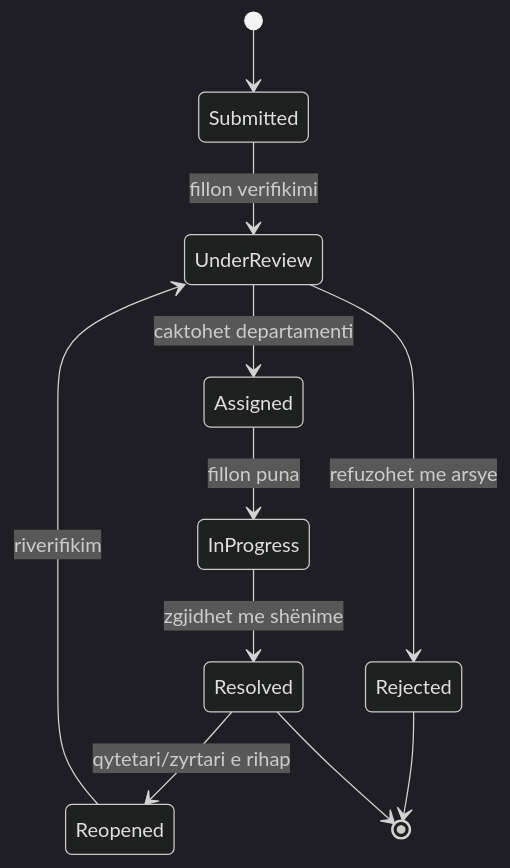
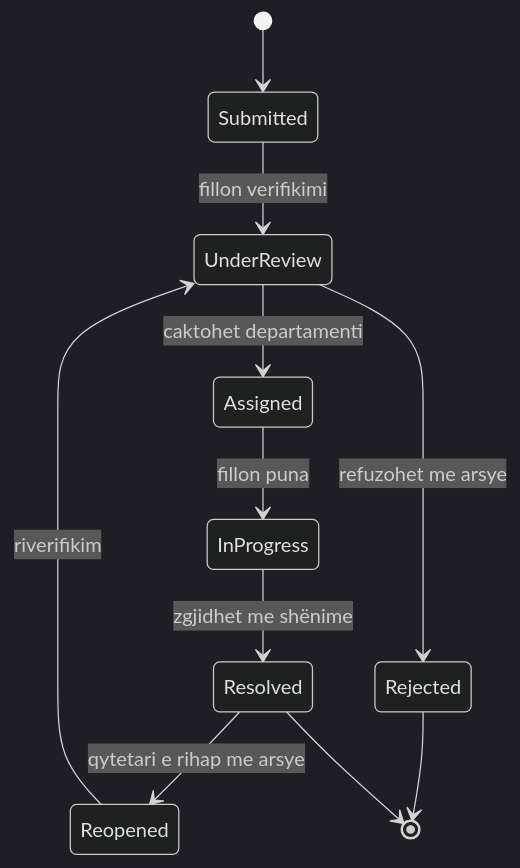
The second of 6 diagrams in diagrams/README.md (fnebihi10/Citizen-Issue-Reporting-and-Resolution-Tracking-Platform), drawn with Mermaid (dark theme) before and after one commit. The commit also changed other lines of this file and 12 other files, not shown here.

````diff
--- a/diagrams/README.md
+++ b/diagrams/README.md
@@ -55,13 +59,13 @@
 ```mermaid
 stateDiagram-v2
   [*] --> Submitted
   Submitted --> UnderReview: fillon verifikimi
   UnderReview --> Assigned: caktohet departamenti
   UnderReview --> Rejected: refuzohet me arsye
   Assigned --> InProgress: fillon puna
   InProgress --> Resolved: zgjidhet me shënime
-  Resolved --> Reopened: qytetari/zyrtari e rihap
+  Resolved --> Reopened: qytetari e rihap me arsye
   Reopened --> UnderReview: riverifikim
   Rejected --> [*]
   Resolved --> [*]
 ```
````
